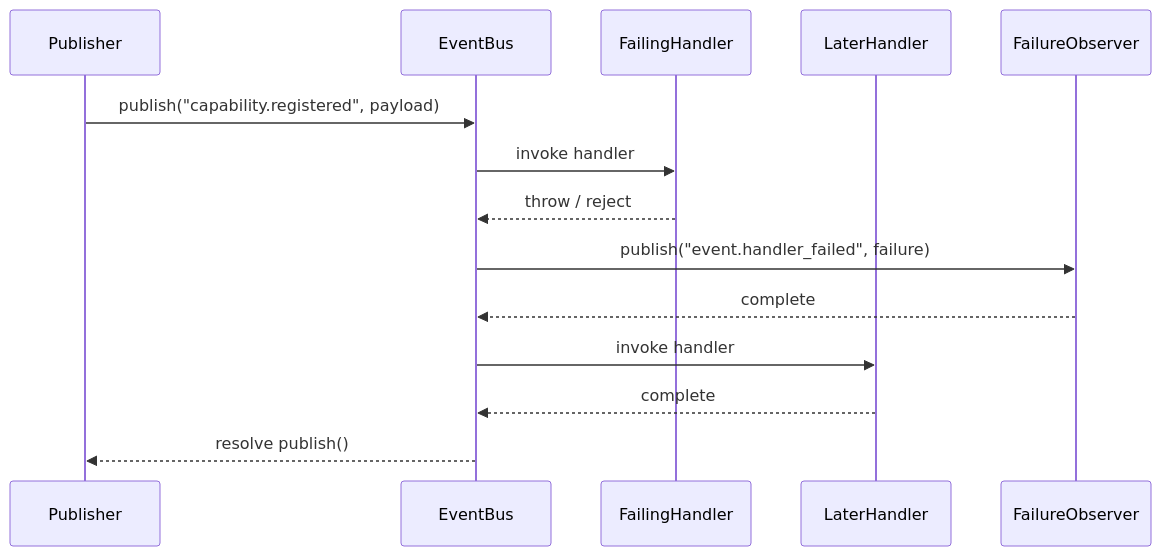
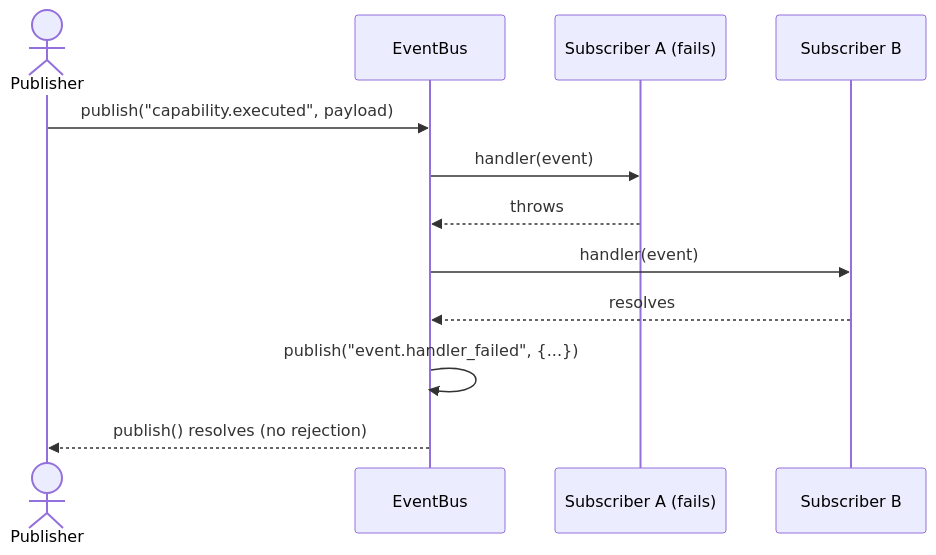
The diagram in docs/features/event-bus/FLOW-event-bus.md (spanexx/agentide), drawn with Mermaid before and after one commit. The commit also changed other lines of this file and 19 other files, not shown here.

First line of the commit message:
chore(docs): clean up event-bus doc duplication, drift log, lockfile

````diff
--- a/docs/features/event-bus/FLOW-event-bus.md
+++ b/docs/features/event-bus/FLOW-event-bus.md
@@ -187,17 +144,15 @@
 ```mermaid
 sequenceDiagram
-    participant Publisher
+    actor Publisher
     participant EventBus
-    participant FailingHandler
-    participant LaterHandler
-    participant FailureObserver
+    participant SubscriberA as Subscriber A (fails)
+    participant SubscriberB as Subscriber B
 
-    Publisher->>EventBus: publish("capability.registered", payload)
-    EventBus->>FailingHandler: invoke handler #1
-    FailingHandler-->>EventBus: throw / reject
-    EventBus->>FailureObserver: publish("event.handler_failed", failure)
-    FailureObserver-->>EventBus: complete
-    EventBus->>LaterHandler: invoke handler #2
-    LaterHandler-->>EventBus: complete
-    EventBus-->>Publisher: resolve publish()
+    Publisher->>EventBus: publish("capability.executed", payload)
+    EventBus->>SubscriberA: handler(event)
+    SubscriberA-->>EventBus: throws
+    EventBus->>SubscriberB: handler(event)
+    SubscriberB-->>EventBus: resolves
+    EventBus->>EventBus: publish("event.handler_failed", {...})
+    EventBus-->>Publisher: publish() resolves (no rejection)
 ```
````
